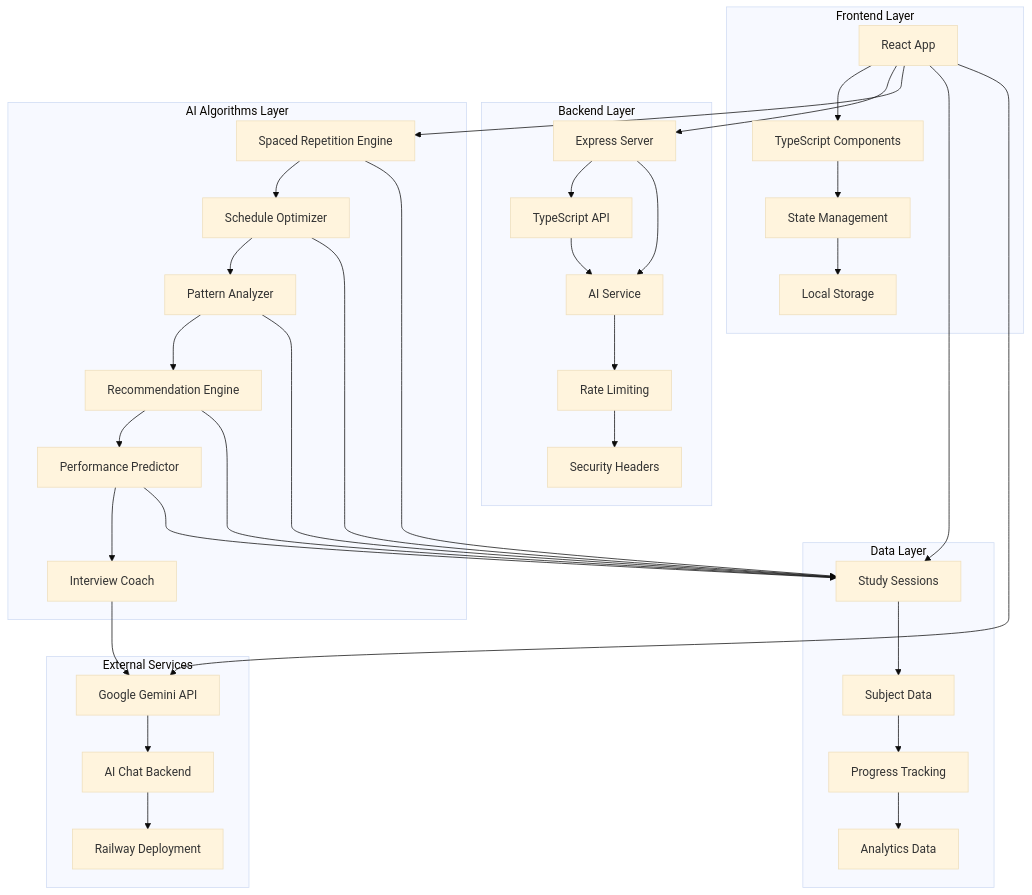
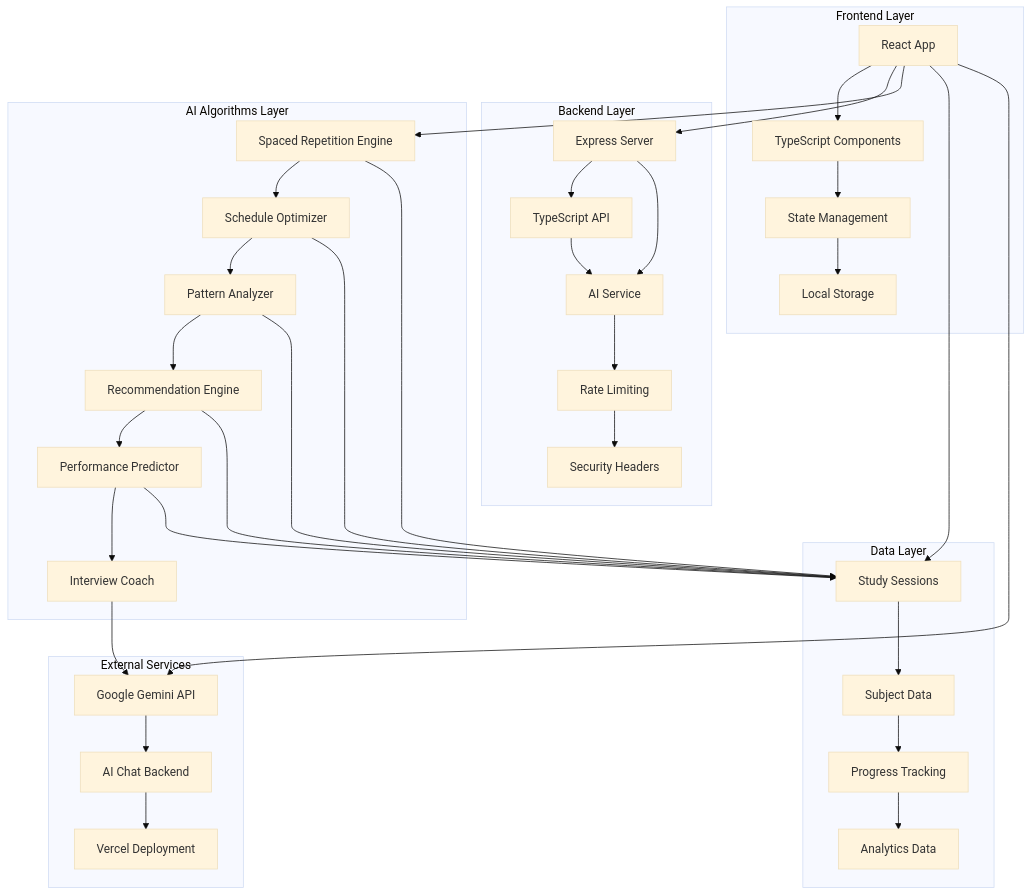
One commit to sanketmuchhala/AIStudyBuddy changed the diagram in README.md. Above: the diagram before and after it, drawn with Mermaid (base theme). The commit also changed other lines of this file and 13 other files, not shown here.

````diff
--- a/README.md
+++ b/README.md
@@ -41,46 +41,46 @@
 ```mermaid
 graph TB
     subgraph "Frontend Layer"
         A[React App] --> B[TypeScript Components]
         B --> C[State Management]
         C --> D[Local Storage]
     end
     
     subgraph "Backend Layer"
         E[Express Server] --> F[TypeScript API]
         F --> G[AI Service]
         G --> H[Rate Limiting]
         H --> I[Security Headers]
     end
     
     subgraph "AI Algorithms Layer"
         J[Spaced Repetition Engine] --> K[Schedule Optimizer]
         K --> L[Pattern Analyzer]
         L --> M[Recommendation Engine]
         M --> N[Performance Predictor]
         N --> O[Interview Coach]
     end
     
     subgraph "Data Layer"
         P[Study Sessions] --> Q[Subject Data]
         Q --> R[Progress Tracking]
         R --> S[Analytics Data]
     end
     
     subgraph "External Services"
         T[Google Gemini API] --> U[AI Chat Backend]
-        U --> V[Railway Deployment]
+        U --> V[Vercel Deployment]
     end
     
     A --> E
     A --> J
     A --> P
     A --> T
     E --> G
     J --> P
     K --> P
     L --> P
     M --> P
     N --> P
     O --> T
 ```
````
